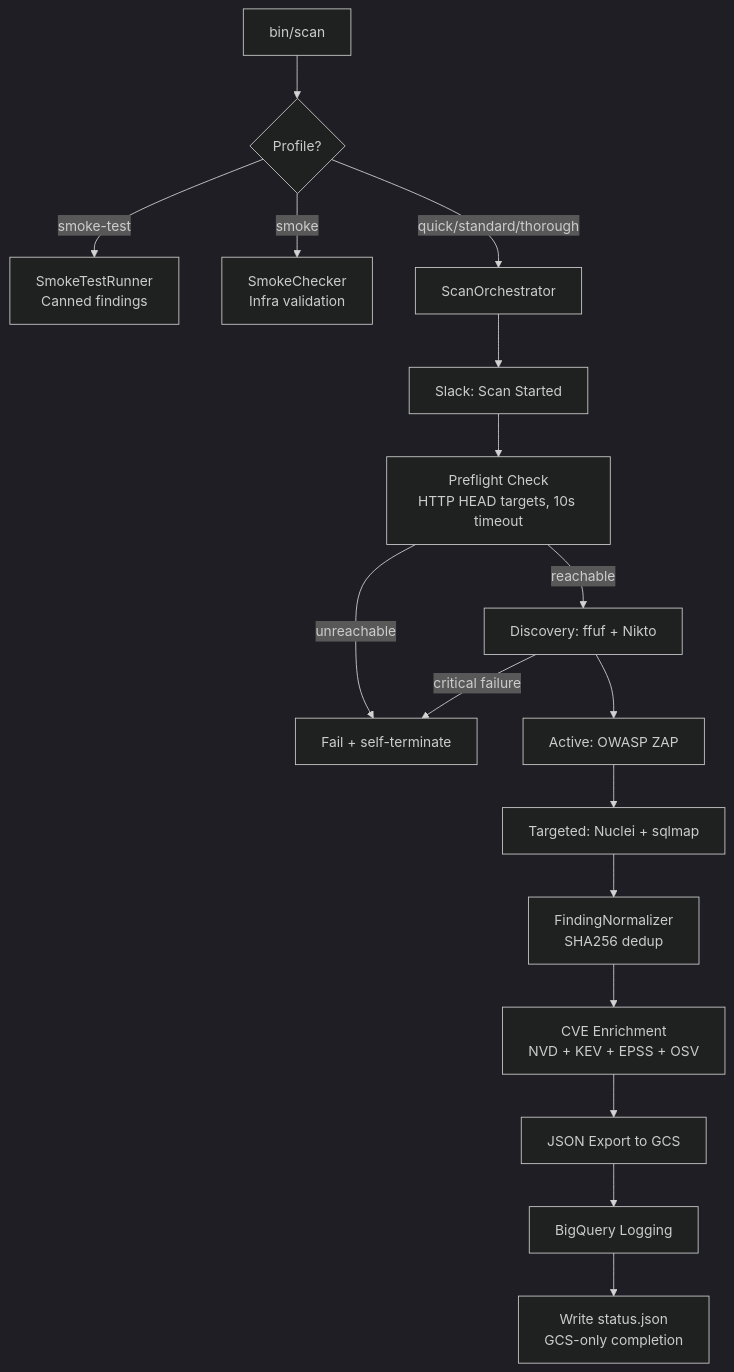
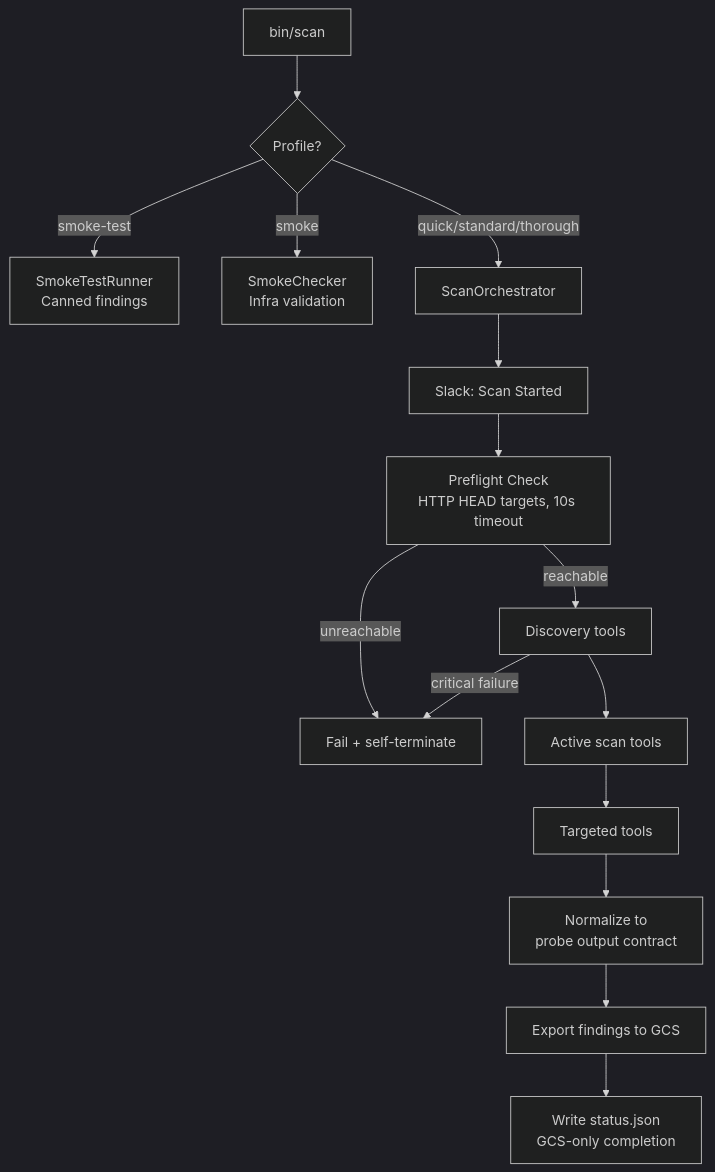
One commit to Peregrine-Technology-Systems/peregrine-penetrator-scanner changed the second of 3 diagrams in README.md. Above: the diagram before and after it, drawn with Mermaid (dark theme). The commit also changed other lines of this file and 1 other file, not shown here.

First line of the commit message:
docs: README — describe the scanner as a thin probe (#973)

````diff
--- a/README.md
+++ b/README.md
@@ -41,20 +40,18 @@
 ```mermaid
 flowchart TD
     A[bin/scan] --> B{Profile?}
     B -->|smoke-test| C[SmokeTestRunner<br/>Canned findings]
     B -->|smoke| D[SmokeChecker<br/>Infra validation]
     B -->|quick/standard/thorough| E[ScanOrchestrator]
 
     E --> N[Slack: Scan Started]
     N --> P[Preflight Check<br/>HTTP HEAD targets, 10s timeout]
     P -->|unreachable| X[Fail + self-terminate]
-    P -->|reachable| F[Discovery: ffuf + Nikto]
+    P -->|reachable| F[Discovery tools]
     F -->|critical failure| X
-    F --> G[Active: OWASP ZAP]
-    G --> H[Targeted: Nuclei + sqlmap]
-    H --> I[FindingNormalizer<br/>SHA256 dedup]
-    I --> J[CVE Enrichment<br/>NVD + KEV + EPSS + OSV]
-    J --> K[JSON Export to GCS]
-    K --> L[BigQuery Logging]
-    L --> M[Write status.json<br/>GCS-only completion]
+    F --> G[Active scan tools]
+    G --> H[Targeted tools]
+    H --> I[Normalize to<br/>probe output contract]
+    I --> K[Export findings to GCS]
+    K --> M[Write status.json<br/>GCS-only completion]
 ```
````
